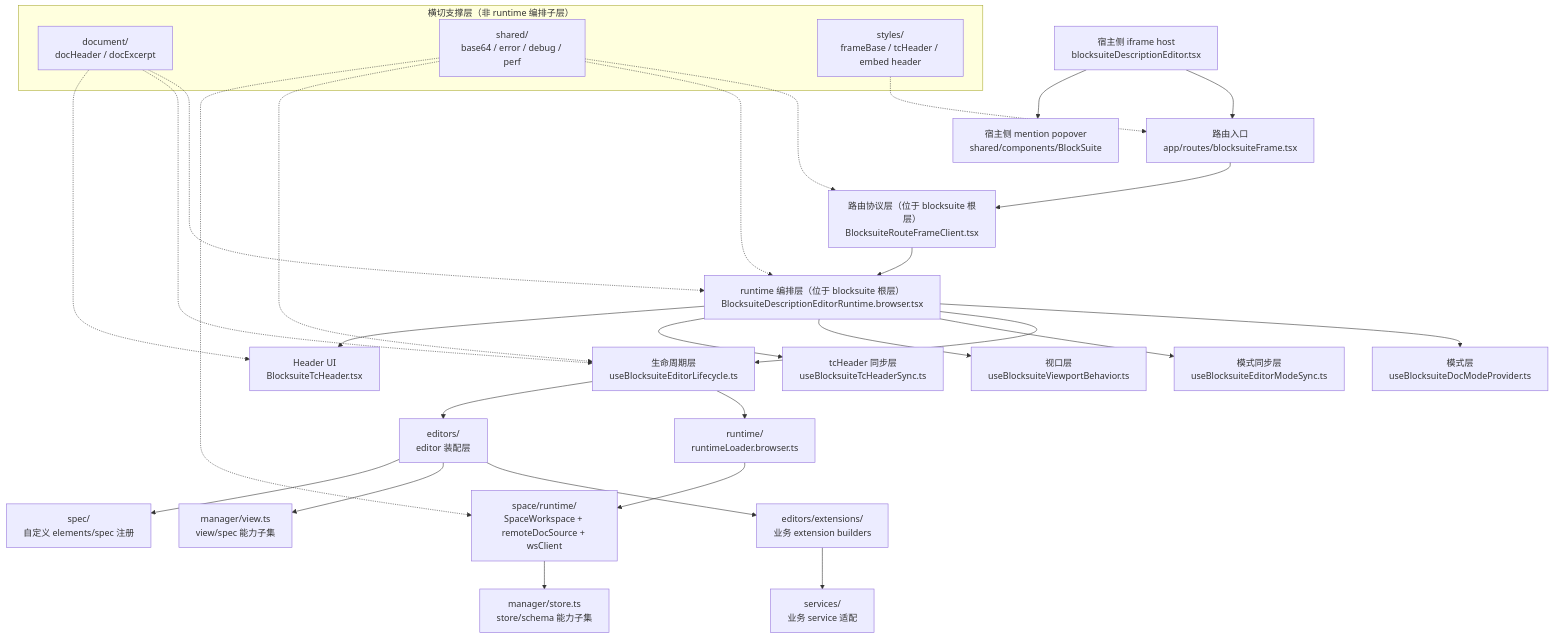
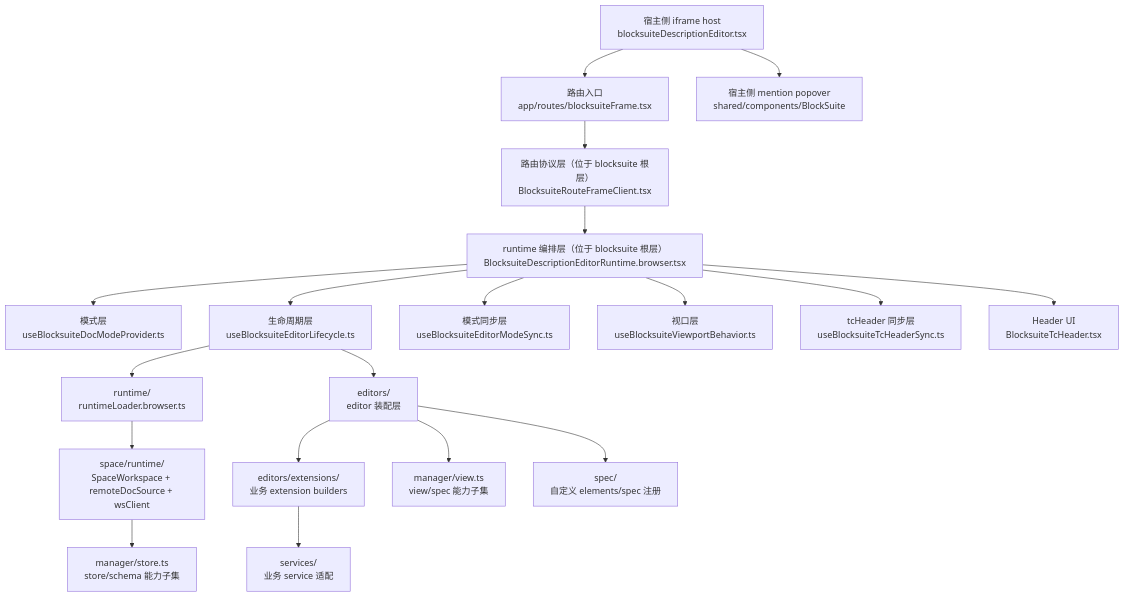
One commit to starrybamboo/tuan-chat-web changed the first of 2 diagrams in app/components/chat/infra/blocksuite/doc/ARCHITECTURE-OVERVIEW.md. Above: the diagram before and after it, drawn with Mermaid. The commit also changed other lines of this file, not shown here.

Commit message:
docs: simplify blocksuite overview diagram

````diff
--- a/app/components/chat/infra/blocksuite/doc/ARCHITECTURE-OVERVIEW.md
+++ b/app/components/chat/infra/blocksuite/doc/ARCHITECTURE-OVERVIEW.md
@@ -11,36 +11,21 @@
 ```mermaid
 flowchart TD
     Host["宿主侧 iframe host<br/>blocksuiteDescriptionEditor.tsx"] --> Route["路由入口<br/>app/routes/blocksuiteFrame.tsx"]
     Route --> FrameRoute["路由协议层（位于 blocksuite 根层）<br/>BlocksuiteRouteFrameClient.tsx"]
     FrameRoute --> RuntimeOrchestrator["runtime 编排层（位于 blocksuite 根层）<br/>BlocksuiteDescriptionEditorRuntime.browser.tsx"]
     RuntimeOrchestrator --> ModeLayer["模式层<br/>useBlocksuiteDocModeProvider.ts"]
     RuntimeOrchestrator --> LifecycleLayer["生命周期层<br/>useBlocksuiteEditorLifecycle.ts"]
     RuntimeOrchestrator --> ModeSyncLayer["模式同步层<br/>useBlocksuiteEditorModeSync.ts"]
     RuntimeOrchestrator --> ViewportLayer["视口层<br/>useBlocksuiteViewportBehavior.ts"]
     RuntimeOrchestrator --> HeaderSyncLayer["tcHeader 同步层<br/>useBlocksuiteTcHeaderSync.ts"]
     RuntimeOrchestrator --> HeaderUI["Header UI<br/>BlocksuiteTcHeader.tsx"]
     LifecycleLayer --> Runtime["runtime/<br/>runtimeLoader.browser.ts"]
     Runtime --> SpaceRuntime["space/runtime/<br/>SpaceWorkspace + remoteDocSource + wsClient"]
     LifecycleLayer --> Editors["editors/<br/>editor 装配层"]
     Editors --> Extensions["editors/extensions/<br/>业务 extension builders"]
     Extensions --> Services["services/<br/>业务 service 适配"]
     Editors --> ManagerView["manager/view.ts<br/>view/spec 能力子集"]
     SpaceRuntime --> ManagerStore["manager/store.ts<br/>store/schema 能力子集"]
     Editors --> Spec["spec/<br/>自定义 elements/spec 注册"]
     Host --> Mention["宿主侧 mention popover<br/>shared/components/BlockSuite"]
-
-    subgraph Support["横切支撑层（非 runtime 编排子层）"]
-        Document["document/<br/>docHeader / docExcerpt"]
-        Shared["shared/<br/>base64 / error / debug / perf"]
-        Styles["styles/<br/>frameBase / tcHeader / embed header"]
-    end
-
-    Shared -.-> FrameRoute
-    Shared -.-> RuntimeOrchestrator
-    Shared -.-> LifecycleLayer
-    Shared -.-> SpaceRuntime
-    Document -.-> RuntimeOrchestrator
-    Document -.-> LifecycleLayer
-    Document -.-> HeaderUI
-    Styles -.-> Route
 ```
````
